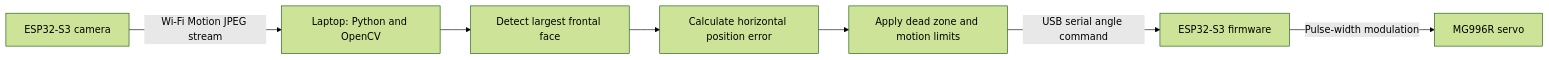
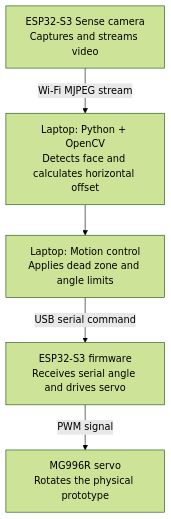
The diagram in README.md (abdielmarcano/vision-tracked-interactive-turret), drawn with Mermaid (forest theme) before and after one commit. The commit also changed other lines of this file and 2 other files, not shown here.

Commit message:
Add prototype demo and improve architecture diagram

````diff
--- a/README.md
+++ b/README.md
@@ -25,9 +29,13 @@
 ```mermaid
-flowchart LR
-    A[ESP32-S3 camera] -->|Wi-Fi Motion JPEG stream| B[Laptop: Python and OpenCV]
-    B --> C[Detect largest frontal face]
-    C --> D[Calculate horizontal position error]
-    D --> E[Apply dead zone and motion limits]
-    E -->|USB serial angle command| F[ESP32-S3 firmware]
-    F -->|Pulse-width modulation| G[MG996R servo]
+flowchart TB
+    A["ESP32-S3 Sense camera<br/>Captures and streams video"]
+    B["Laptop: Python + OpenCV<br/>Detects face and calculates horizontal offset"]
+    C["Laptop: Motion control<br/>Applies dead zone and angle limits"]
+    D["ESP32-S3 firmware<br/>Receives serial angle and drives servo"]
+    E["MG996R servo<br/>Rotates the physical prototype"]
+
+    A -->|Wi-Fi MJPEG stream| B
+    B --> C
+    C -->|USB serial command| D
+    D -->|PWM signal| E
 ```
````
